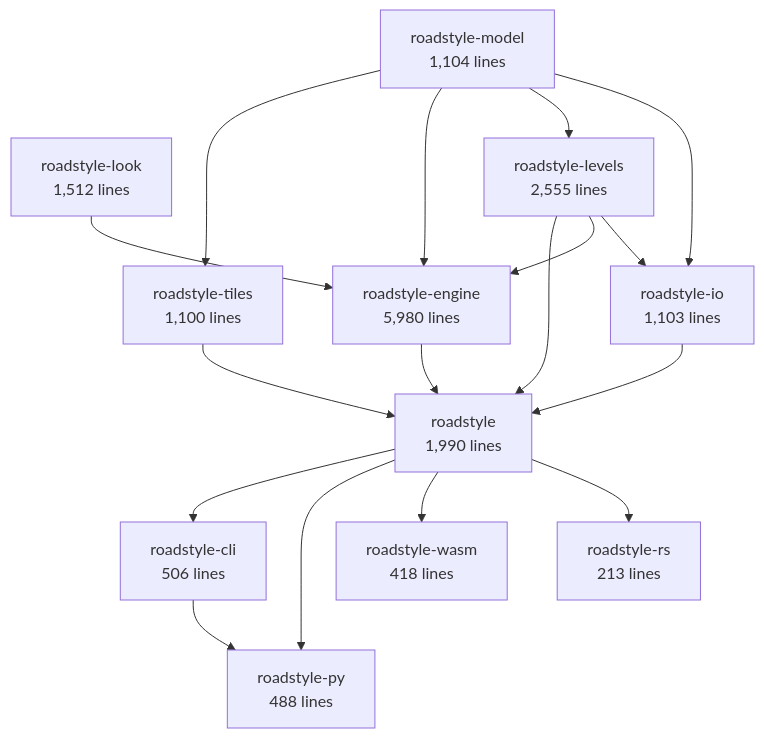
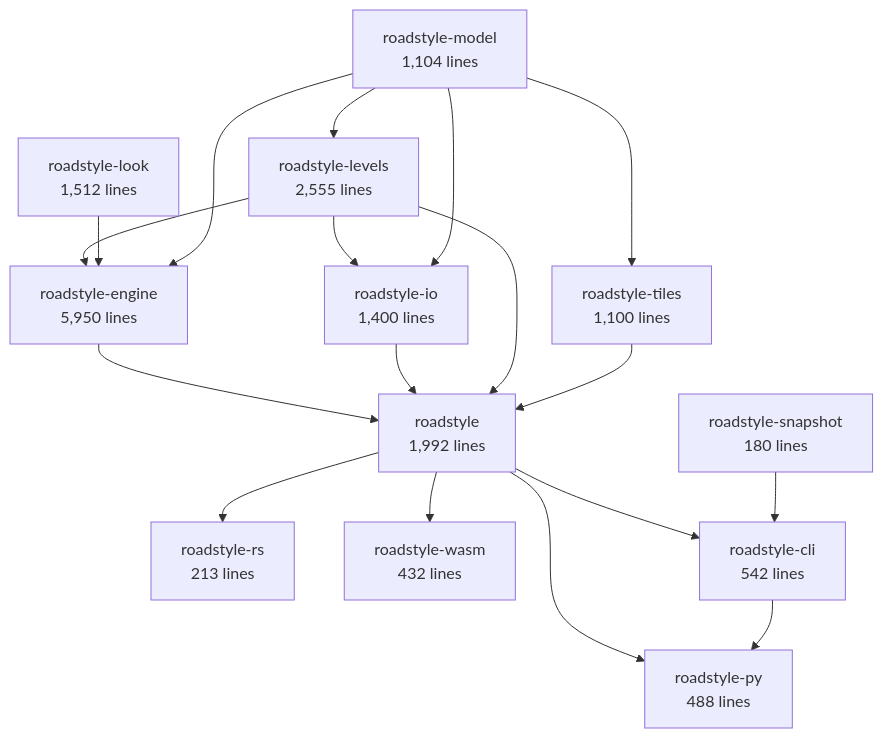
The second of 6 diagrams in docs/rust/architecture.md (Khoshkhah/roadstyle), drawn with Mermaid before and after one commit. The commit also changed other lines of this file, not shown here.

Commit message:
docs/rust/architecture.md made again after the merge

````diff
--- a/docs/rust/architecture.md
+++ b/docs/rust/architecture.md
@@ -69,30 +69,32 @@
 ```mermaid
 flowchart TB
     roadstyle_model["roadstyle-model<br/>1,104 lines"]
     roadstyle_look["roadstyle-look<br/>1,512 lines"]
-    roadstyle_io["roadstyle-io<br/>1,103 lines"]
+    roadstyle_io["roadstyle-io<br/>1,400 lines"]
     roadstyle_levels["roadstyle-levels<br/>2,555 lines"]
-    roadstyle_engine["roadstyle-engine<br/>5,980 lines"]
+    roadstyle_engine["roadstyle-engine<br/>5,950 lines"]
     roadstyle_tiles["roadstyle-tiles<br/>1,100 lines"]
-    roadstyle["roadstyle<br/>1,990 lines"]
+    roadstyle["roadstyle<br/>1,992 lines"]
     roadstyle_rs["roadstyle-rs<br/>213 lines"]
-    roadstyle_wasm["roadstyle-wasm<br/>418 lines"]
+    roadstyle_wasm["roadstyle-wasm<br/>432 lines"]
     roadstyle_py["roadstyle-py<br/>488 lines"]
-    roadstyle_cli["roadstyle-cli<br/>506 lines"]
+    roadstyle_cli["roadstyle-cli<br/>542 lines"]
+    roadstyle_snapshot["roadstyle-snapshot<br/>180 lines"]
     roadstyle_levels --> roadstyle_io
     roadstyle_model --> roadstyle_io
     roadstyle_model --> roadstyle_levels
     roadstyle_levels --> roadstyle_engine
     roadstyle_look --> roadstyle_engine
     roadstyle_model --> roadstyle_engine
     roadstyle_model --> roadstyle_tiles
     roadstyle_engine --> roadstyle
     roadstyle_io --> roadstyle
     roadstyle_levels --> roadstyle
     roadstyle_tiles --> roadstyle
     roadstyle --> roadstyle_rs
     roadstyle --> roadstyle_wasm
     roadstyle --> roadstyle_py
     roadstyle_cli --> roadstyle_py
     roadstyle --> roadstyle_cli
+    roadstyle_snapshot --> roadstyle_cli
 ```
````
